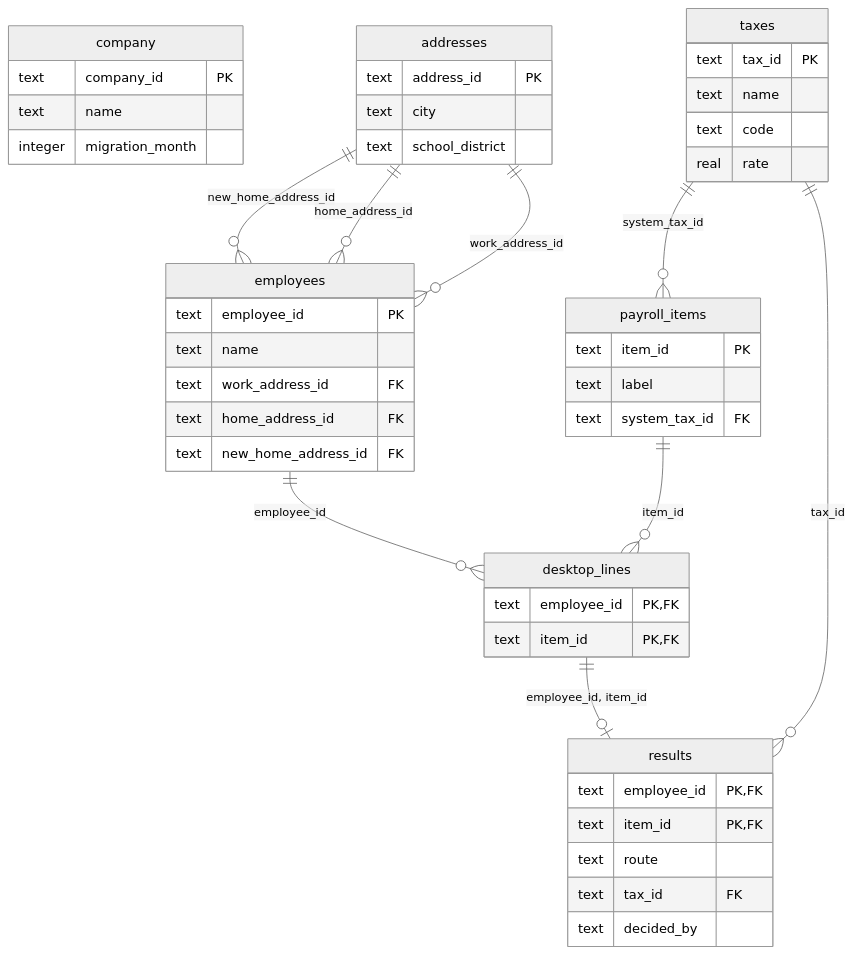
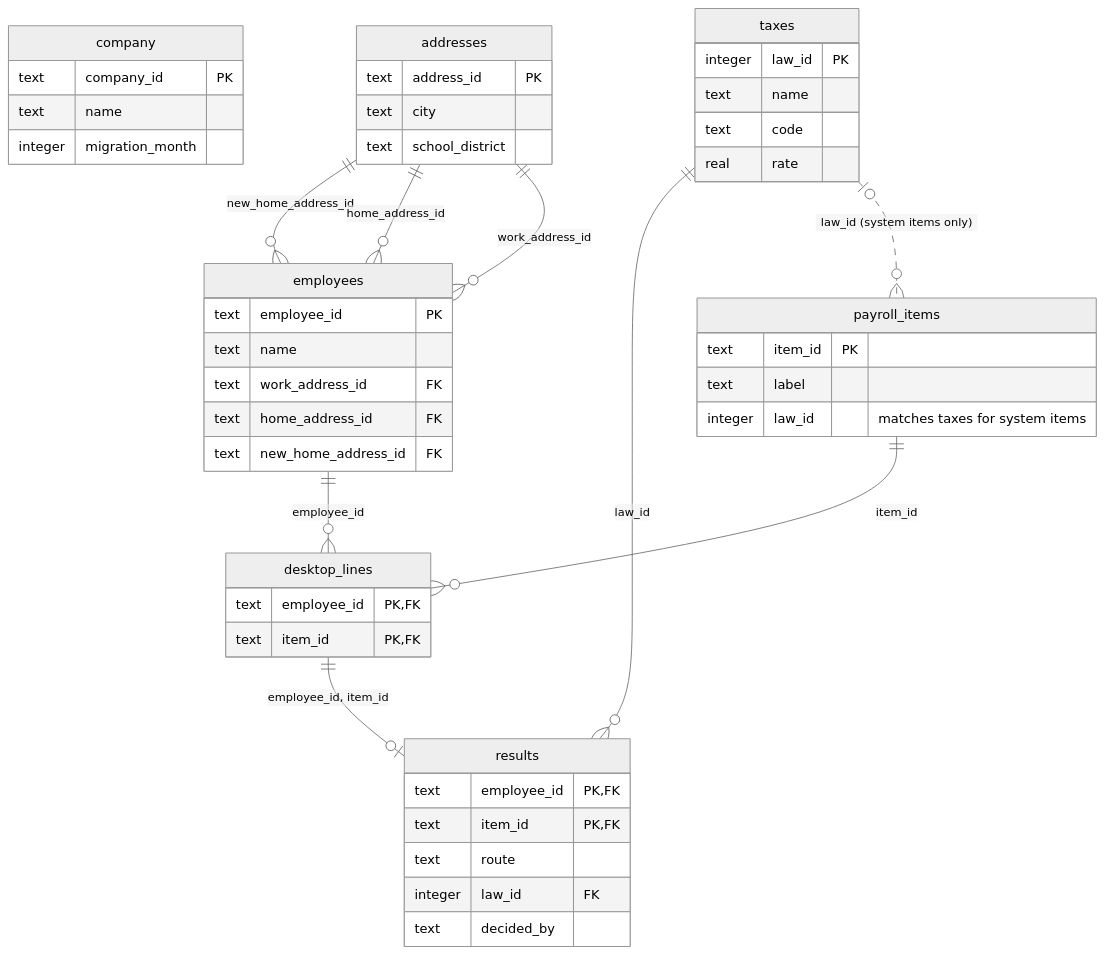
Before and after one commit to Adarsh-panadath/local-tax-migration-prototype: the diagram in docs/schema.mmd, drawn with Mermaid (neutral theme). The commit also changed 15 other files, not shown here.

First line of the commit message:
Make the Law ID the key of every tax

```diff
--- a/docs/schema.mmd
+++ b/docs/schema.mmd
@@ -1,48 +1,48 @@
 erDiagram
   company {
     text company_id PK
     text name
     integer migration_month
   }
   employees {
     text employee_id PK
     text name
     text work_address_id FK
     text home_address_id FK
     text new_home_address_id FK
   }
   payroll_items {
     text item_id PK
     text label
-    text system_tax_id FK
+    integer law_id "matches taxes for system items"
   }
   desktop_lines {
     text employee_id PK, FK
     text item_id PK, FK
   }
   addresses {
     text address_id PK
     text city
     text school_district
   }
   taxes {
-    text tax_id PK
+    integer law_id PK
     text name
     text code
     real rate
   }
   results {
     text employee_id PK, FK
     text item_id PK, FK
     text route
-    text tax_id FK
+    integer law_id FK
     text decided_by
   }
   addresses ||--o{ employees : "new_home_address_id"
   addresses ||--o{ employees : "home_address_id"
   addresses ||--o{ employees : "work_address_id"
-  taxes ||--o{ payroll_items : "system_tax_id"
   payroll_items ||--o{ desktop_lines : "item_id"
   employees ||--o{ desktop_lines : "employee_id"
   desktop_lines ||--o| results : "employee_id, item_id"
-  taxes ||--o{ results : "tax_id"
+  taxes ||--o{ results : "law_id"
+  taxes |o..o{ payroll_items : "law_id (system items only)"
```
